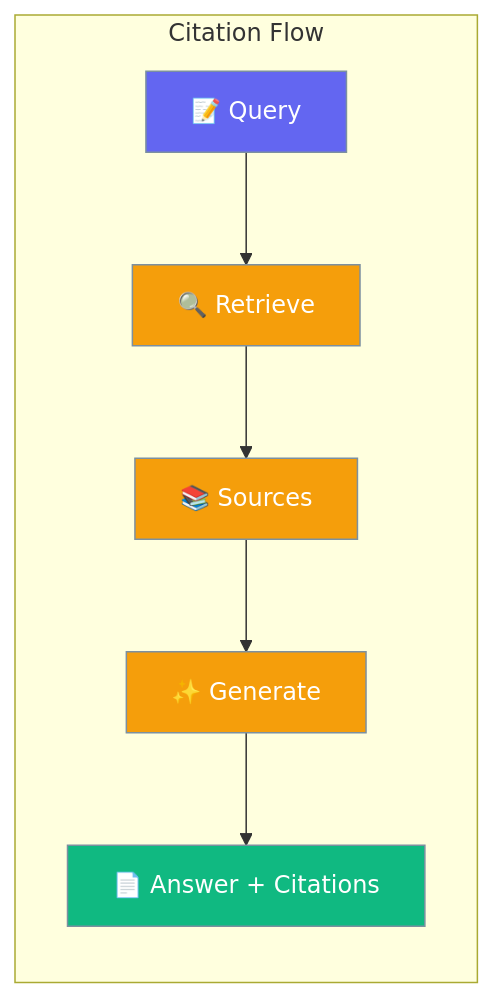
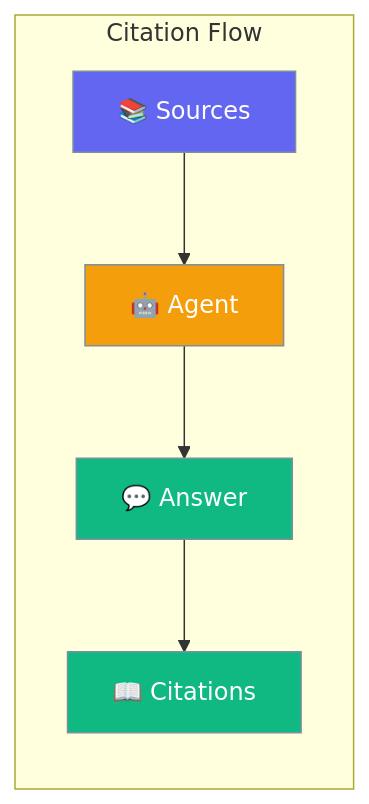
The first of 2 diagrams in docs/js/citations.mdx (MervinPraison/PraisonAIDocs), drawn with Mermaid before and after one commit. The commit also changed other lines of this file and 30 other files, not shown here.

````diff
--- a/docs/js/citations.mdx
+++ b/docs/js/citations.mdx
@@ -10,17 +10,16 @@
 ```mermaid
 graph LR
     subgraph "Citation Flow"
-        A[📝 Query] --> B[🔍 Retrieve]
-        B --> C[📚 Sources]
-        C --> D[✨ Generate]
-        D --> E[📄 Answer + Citations]
+        A[📚 Sources] --> B[🤖 Agent]
+        B --> C[💬 Answer]
+        C --> D[📖 Citations]
     end
     
-    classDef query fill:#6366F1,stroke:#7C90A0,color:#fff
-    classDef process fill:#F59E0B,stroke:#7C90A0,color:#fff
-    classDef result fill:#10B981,stroke:#7C90A0,color:#fff
+    classDef source fill:#6366F1,stroke:#7C90A0,color:#fff
+    classDef agent fill:#F59E0B,stroke:#7C90A0,color:#fff
+    classDef output fill:#10B981,stroke:#7C90A0,color:#fff
     
-    class A query
-    class B,C,D process
-    class E result
+    class A source
+    class B agent
+    class C,D output
 ```
````
